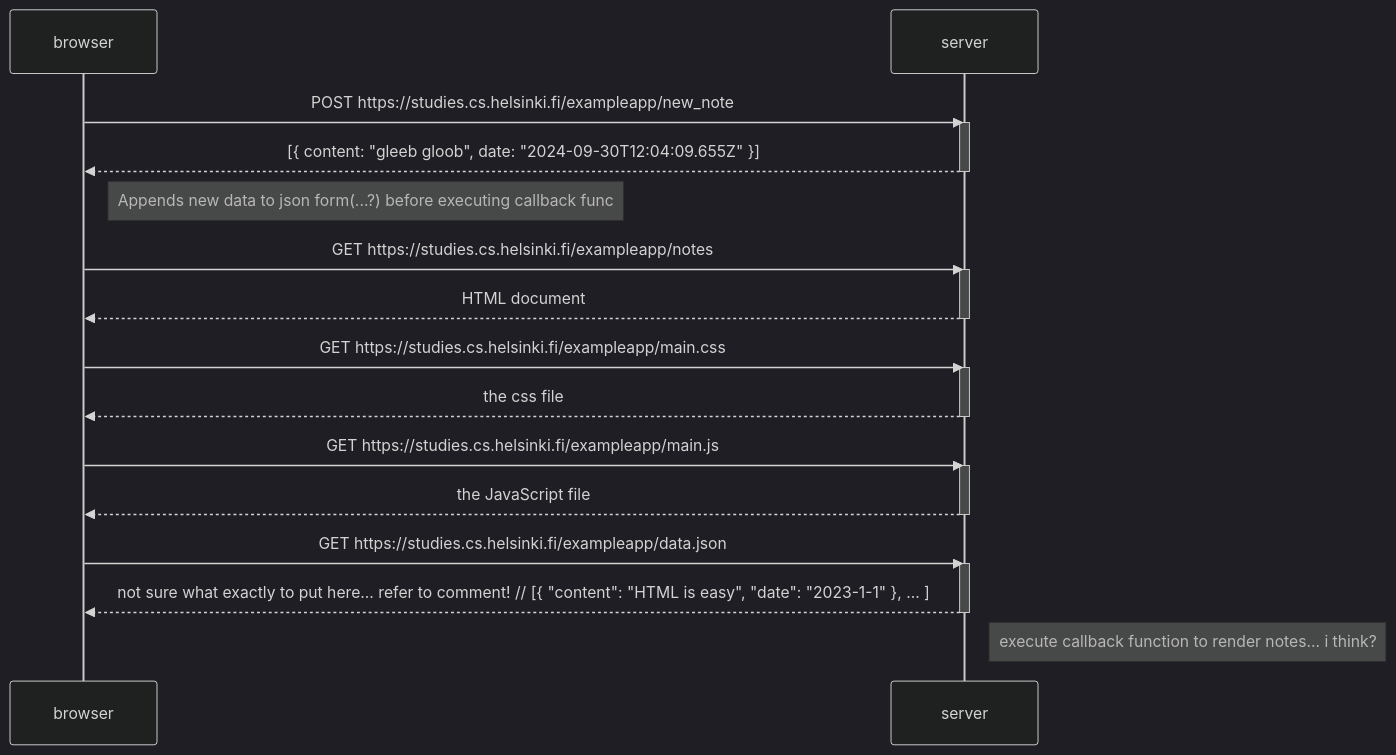
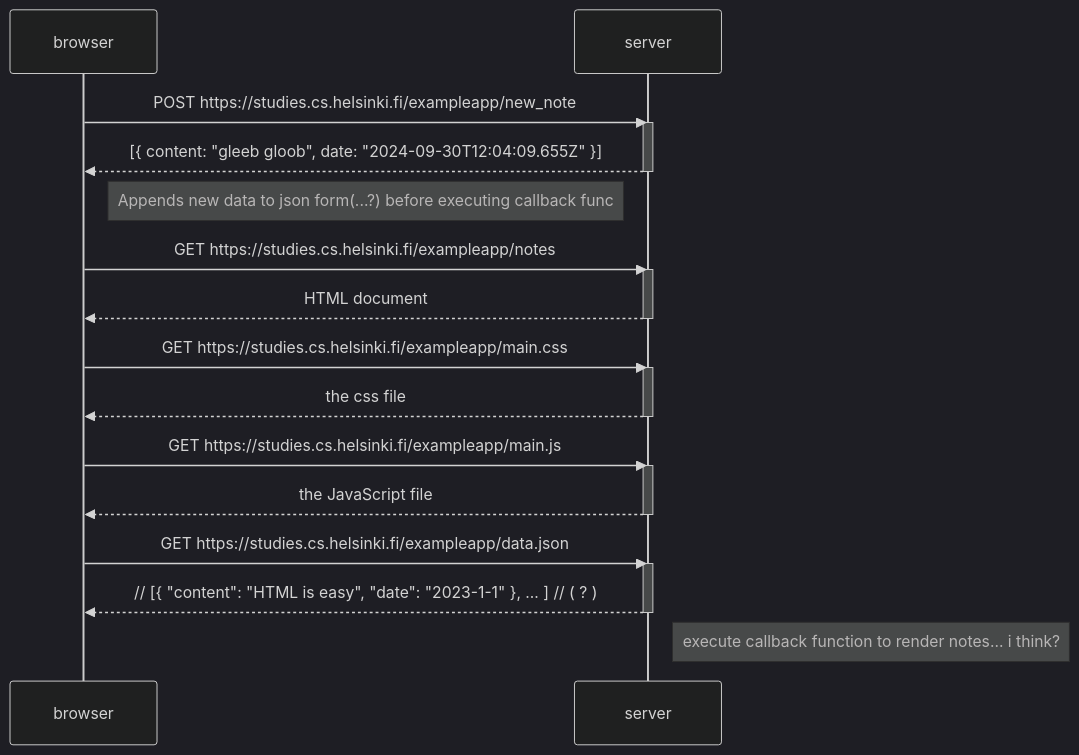
One commit to PiwkoM/FullStackOpen_Piwko4TC changed the diagram in part0/0.4.md. Above: the diagram before and after it, drawn with Mermaid (dark theme).

````diff
--- a/part0/0.4.md
+++ b/part0/0.4.md
@@ -1,34 +1,34 @@
 ```mermaid 
 sequenceDiagram
     participant browser
     participant server
 
     browser->>server: POST https://studies.cs.helsinki.fi/exampleapp/new_note
     activate server
     server-->>browser: [{ content: "gleeb gloob", date: "2024-09-30T12:04:09.655Z" }]   
     deactivate server
 
     Note right of browser: Appends new data to json form(...?) before executing callback func
 
     browser->>server: GET https://studies.cs.helsinki.fi/exampleapp/notes
     activate server
     server-->>browser: HTML document
     deactivate server 
 
     browser->>server: GET https://studies.cs.helsinki.fi/exampleapp/main.css
     activate server
     server-->>browser: the css file
     deactivate server
 
     browser->>server: GET https://studies.cs.helsinki.fi/exampleapp/main.js
     activate server
     server-->>browser: the JavaScript file
     deactivate server
 
     browser->>server: GET https://studies.cs.helsinki.fi/exampleapp/data.json
     activate server
-    server-->>browser: not sure what exactly to put here... refer to comment! // [{ "content": "HTML is easy", "date": "2023-1-1" }, ... ]
+    server-->>browser: // [{ "content": "HTML is easy", "date": "2023-1-1" }, ... ] // ( ? )
     deactivate server
 
     Note right of server: execute callback function to render notes... i think?
 ```
````
